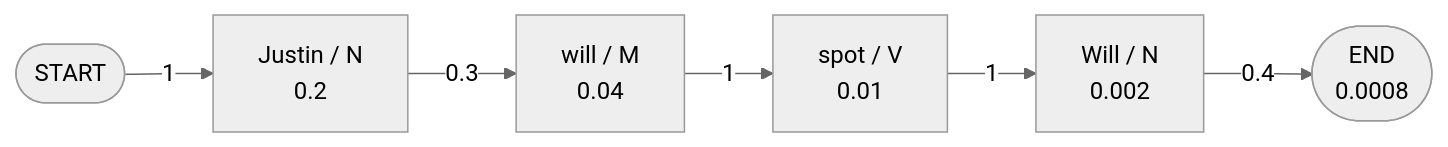
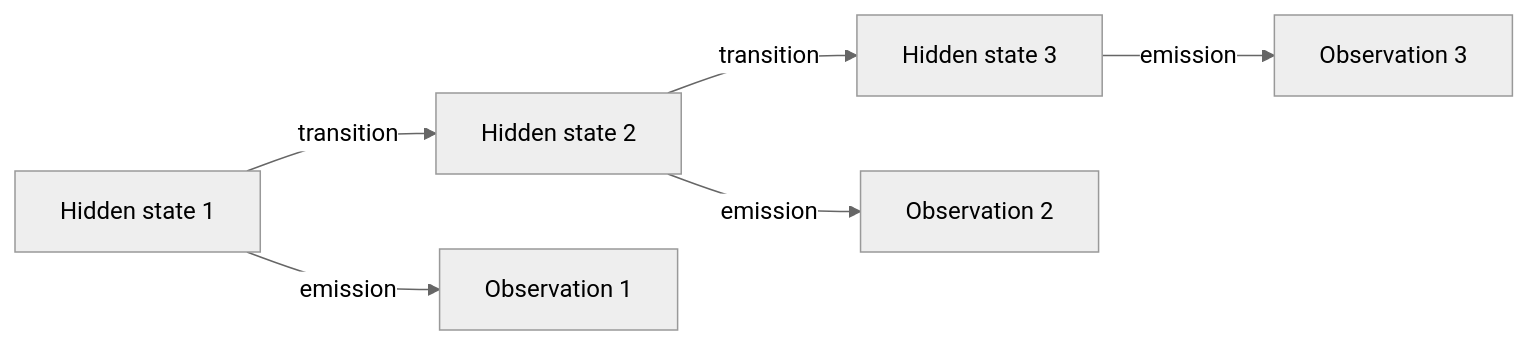
One commit to TrendySloth1001/sem-seven-notes changed the first of 4 diagrams in content/natural-language-processing/notes/hmm-maxent-crf.mdx. Above: the diagram before and after it, drawn with Mermaid (neutral theme). The commit also changed other lines of this file and 406 other files, not shown here.

````diff
--- a/content/natural-language-processing/notes/hmm-maxent-crf.mdx
+++ b/content/natural-language-processing/notes/hmm-maxent-crf.mdx
@@ -215,9 +57,8 @@
 ```mermaid
-%% caption: The winning path through the trellis of worked example 1. Each box shows the best score so far. Only this path has a non-zero probability.
+%% caption: The HMM idea. Hidden states form a chain; each hidden state emits one visible observation.
 flowchart LR
-  S(["START"]) -->|"1"| A["Justin / N<br/>0.2"]
-  A -->|"0.3"| B["will / M<br/>0.04"]
-  B -->|"1"| C["spot / V<br/>0.01"]
-  C -->|"1"| D["Will / N<br/>0.002"]
-  D -->|"0.4"| E(["END<br/>0.0008"])
+  H1["Hidden state 1"] -->|"transition"| H2["Hidden state 2"] -->|"transition"| H3["Hidden state 3"]
+  H1 -->|"emission"| O1["Observation 1"]
+  H2 -->|"emission"| O2["Observation 2"]
+  H3 -->|"emission"| O3["Observation 3"]
 ```
````
